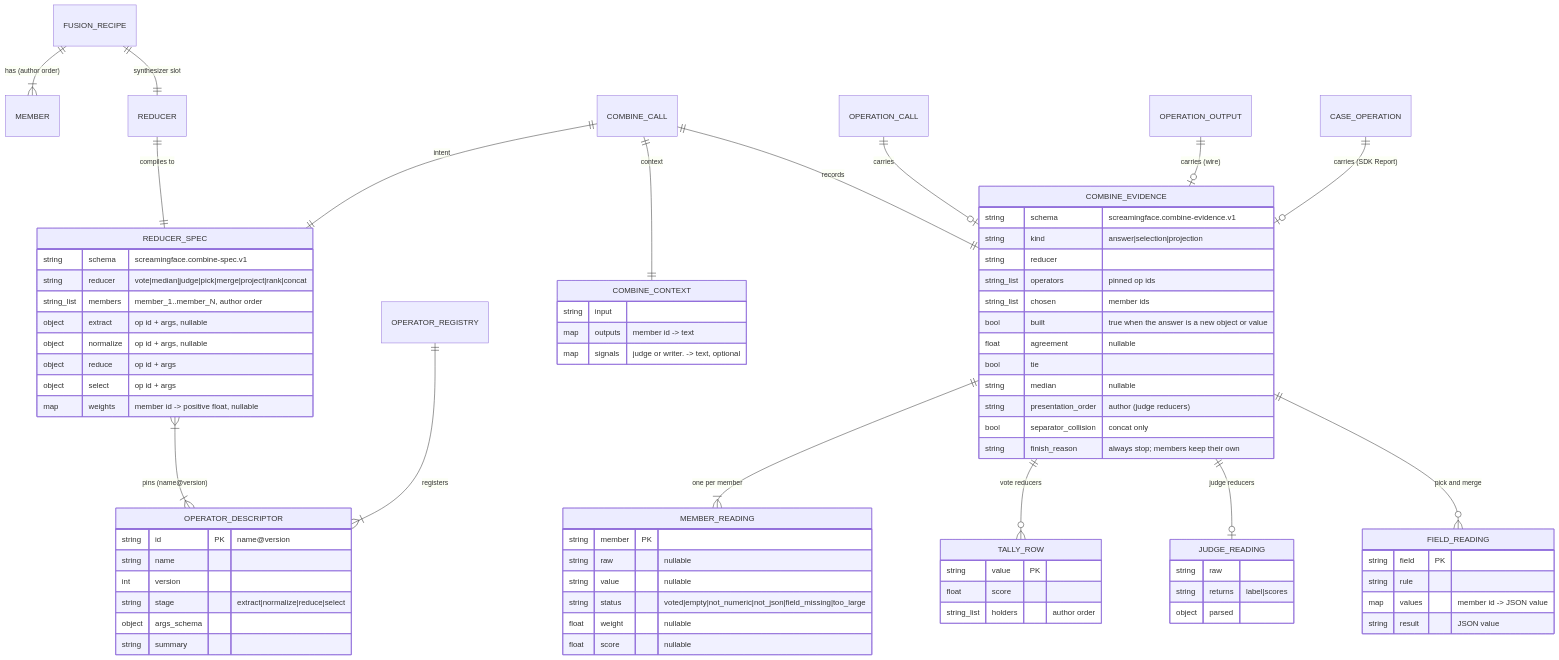
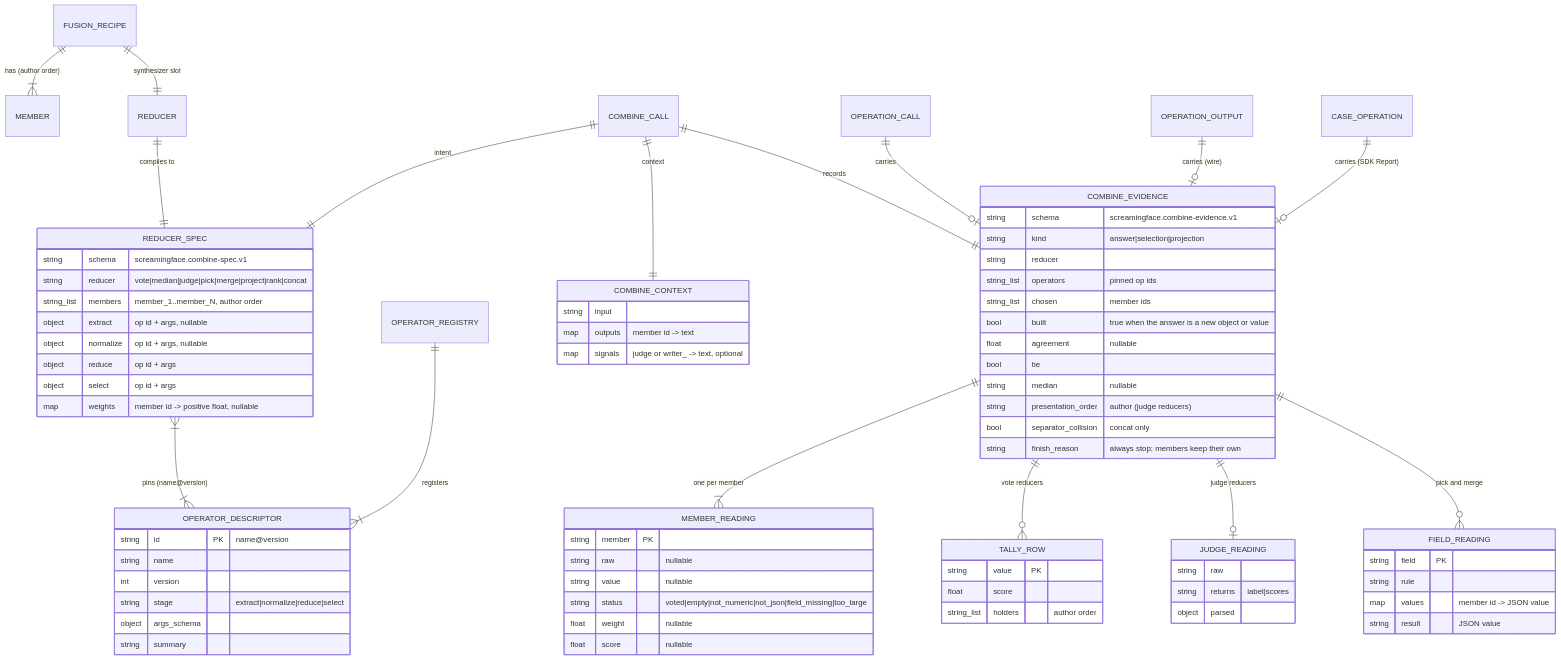
Before and after one commit to ScreamingFace/screamingface: the diagram in docs/spec/2026-09-30-e4a-deterministic-combine/erd.md, drawn with Mermaid. The commit also changed 3 other files, not shown here.

````diff
--- a/docs/spec/2026-09-30-e4a-deterministic-combine/erd.md
+++ b/docs/spec/2026-09-30-e4a-deterministic-combine/erd.md
@@ -9,80 +9,80 @@
 ```mermaid
 erDiagram
     FUSION_RECIPE ||--|{ MEMBER : "has (author order)"
     FUSION_RECIPE ||--|| REDUCER : "synthesizer slot"
     REDUCER ||--|| REDUCER_SPEC : "compiles to"
     REDUCER_SPEC }|--|{ OPERATOR_DESCRIPTOR : "pins (name@version)"
     OPERATOR_REGISTRY ||--|{ OPERATOR_DESCRIPTOR : "registers"
     COMBINE_CALL ||--|| REDUCER_SPEC : "intent"
     COMBINE_CALL ||--|| COMBINE_CONTEXT : "context"
     COMBINE_CALL ||--|| COMBINE_EVIDENCE : "records"
     COMBINE_EVIDENCE ||--|{ MEMBER_READING : "one per member"
     COMBINE_EVIDENCE ||--o{ TALLY_ROW : "vote reducers"
     COMBINE_EVIDENCE ||--o| JUDGE_READING : "judge reducers"
     COMBINE_EVIDENCE ||--o{ FIELD_READING : "pick and merge"
     OPERATION_CALL ||--o| COMBINE_EVIDENCE : "carries"
     OPERATION_OUTPUT ||--o| COMBINE_EVIDENCE : "carries (wire)"
     CASE_OPERATION ||--o| COMBINE_EVIDENCE : "carries (SDK Report)"
 
     REDUCER_SPEC {
         string schema "screamingface.combine-spec.v1"
         string reducer "vote|median|judge|pick|merge|project|rank|concat"
         string_list members "member_1..member_N, author order"
         object extract "op id + args, nullable"
         object normalize "op id + args, nullable"
         object reduce "op id + args"
         object select "op id + args"
         map weights "member id -> positive float, nullable"
     }
     OPERATOR_DESCRIPTOR {
         string id PK "name@version"
         string name
         int version
         string stage "extract|normalize|reduce|select"
         object args_schema
         string summary
     }
     COMBINE_CONTEXT {
         string input
         map outputs "member id -> text"
-        map signals "judge or writer.<field> -> text, optional"
+        map signals "judge or writer_<field> -> text, optional"
     }
     COMBINE_EVIDENCE {
         string schema "screamingface.combine-evidence.v1"
         string kind "answer|selection|projection"
         string reducer
         string_list operators "pinned op ids"
         string_list chosen "member ids"
         bool built "true when the answer is a new object or value"
         float agreement "nullable"
         bool tie
         string median "nullable"
         string presentation_order "author (judge reducers)"
         bool separator_collision "concat only"
         string finish_reason "always stop; members keep their own"
     }
     MEMBER_READING {
         string member PK
         string raw "nullable"
         string value "nullable"
         string status "voted|empty|not_numeric|not_json|field_missing|too_large"
         float weight "nullable"
         float score "nullable"
     }
     TALLY_ROW {
         string value PK
         float score
         string_list holders "author order"
     }
     JUDGE_READING {
         string raw
         string returns "label|scores"
         object parsed
     }
     FIELD_READING {
         string field PK
         string rule
         map values "member id -> JSON value"
         string result "JSON value"
     }
 ```
````
